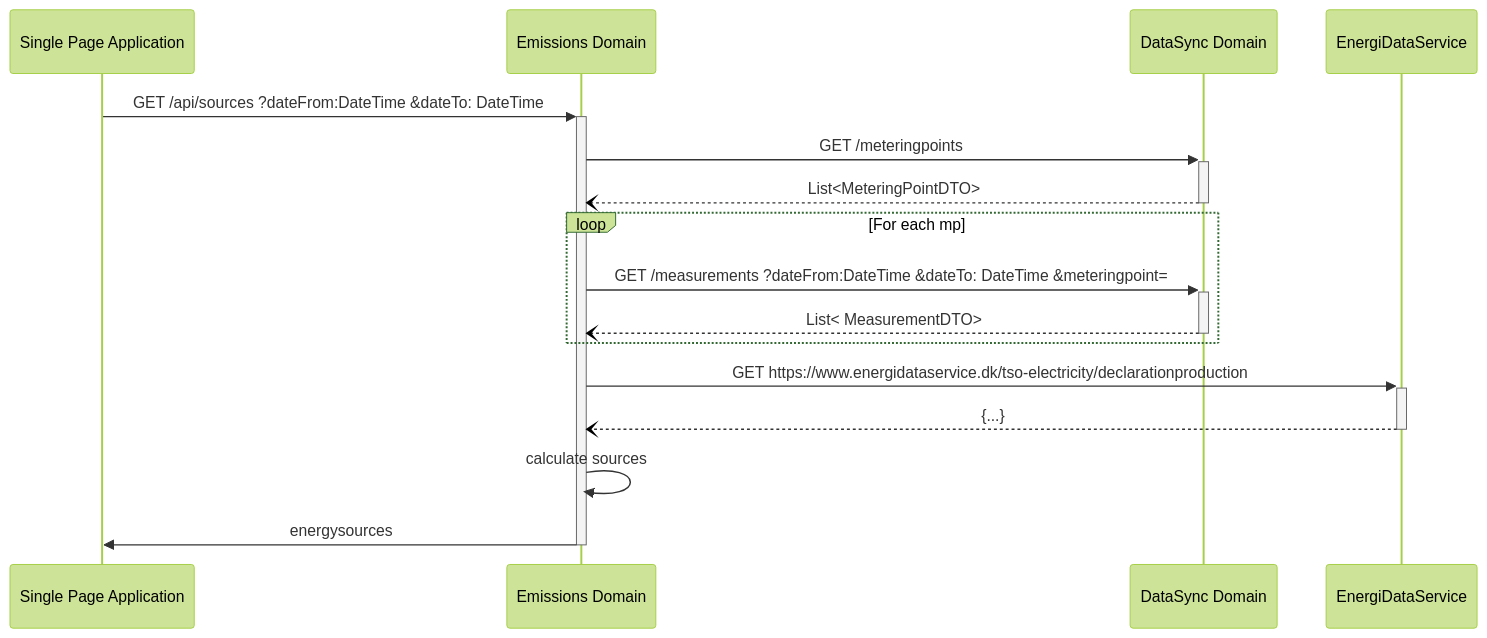
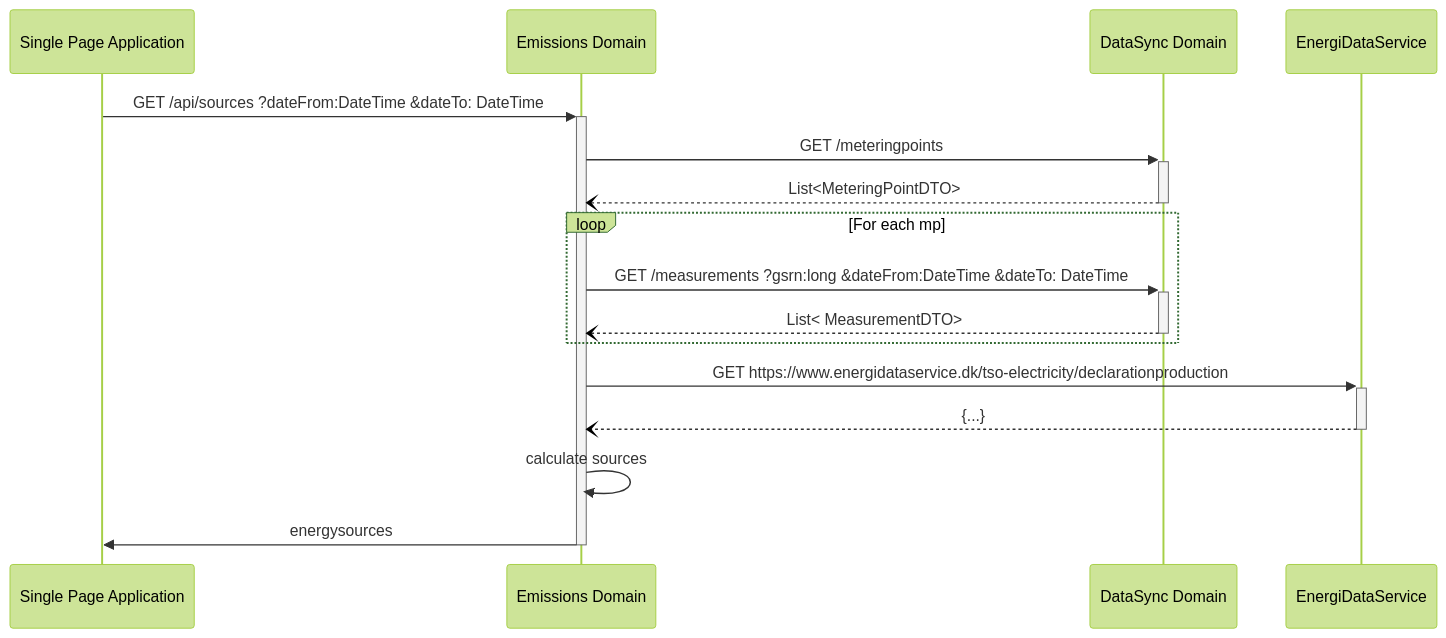
Before and after one commit to Energinet-DataHub/energy-origin: the second of 2 diagrams in doc/api/emissions.md, drawn with Mermaid (forest theme). The commit also changed other lines of this file and 1 other file, not shown here.

Commit message:
updated wording

````diff
--- a/doc/api/emissions.md
+++ b/doc/api/emissions.md
@@ -170,25 +170,25 @@
 ```mermaid
 sequenceDiagram
     participant spa as Single Page Application
     participant em as Emissions Domain
     participant ds as DataSync Domain
     participant eds as EnergiDataService
 
     spa->>+ em: GET /api/sources ?dateFrom:DateTime  &dateTo: DateTime
     
     em->>+ ds: GET /meteringpoints
     ds--)- em: List<MeteringPointDTO>
     
     loop For each mp
-      em ->>+ ds: GET /measurements  ?dateFrom:DateTime  &dateTo: DateTime  &meteringpoint=
+      em ->>+ ds: GET /measurements ?gsrn:long &dateFrom:DateTime &dateTo: DateTime
         
       ds --)- em: List< MeasurementDTO>
     end
     em->>+ eds: GET https://www.energidataservice.dk/tso-electricity/declarationproduction
     eds--)- em: {...}
 
     em->> em: calculate sources
 
     em->>- spa: energysources
 
 ```
````
